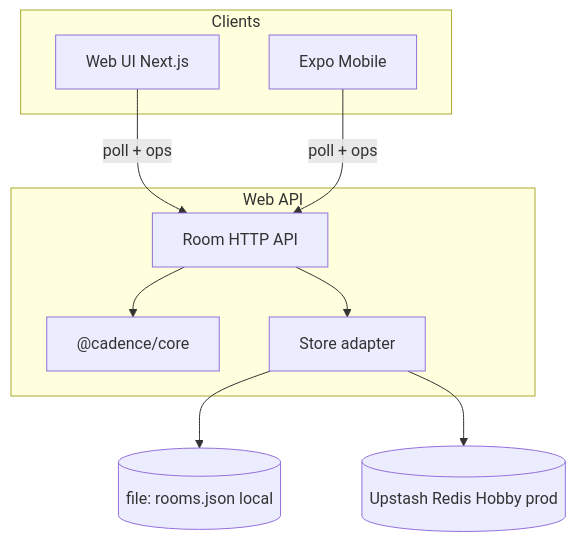
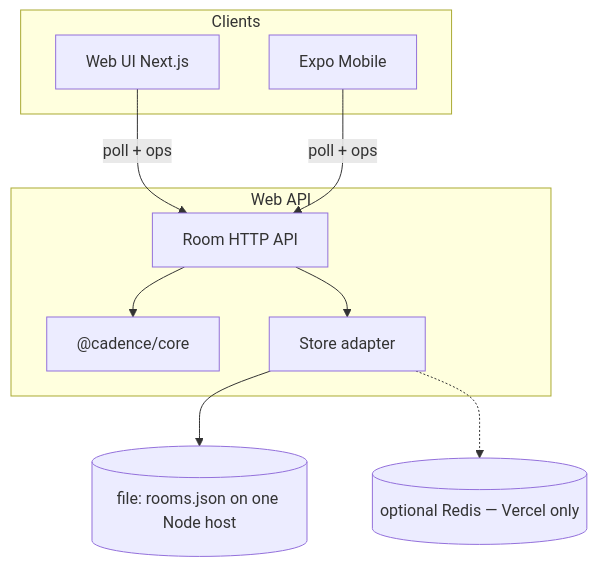
One commit to RifqiMT/pm-collaboration changed the diagram in docs/ARCHITECTURE.md. Above: the diagram before and after it, drawn with Mermaid. The commit also changed other lines of this file and 11 other files, not shown here.

First line of the commit message:
Prefer single-process file-store hosting over Vercel Redis.

````diff
--- a/docs/ARCHITECTURE.md
+++ b/docs/ARCHITECTURE.md
@@ -9,18 +9,18 @@
 ```mermaid
 flowchart TB
   subgraph clients [Clients]
     WebUI[Web UI Next.js]
     Mobile[Expo Mobile]
   end
   subgraph server [Web API]
     API[Room HTTP API]
     Core["@cadence/core"]
     Store[Store adapter]
   end
   WebUI -->|poll + ops| API
   Mobile -->|poll + ops| API
   API --> Core
   API --> Store
-  Store --> Disk[(file: rooms.json local)]
-  Store --> Redis[(Upstash Redis Hobby prod)]
+  Store --> Disk[(file: rooms.json on one Node host)]
+  Store -.-> Redis[(optional Redis — Vercel only)]
 ```
````
